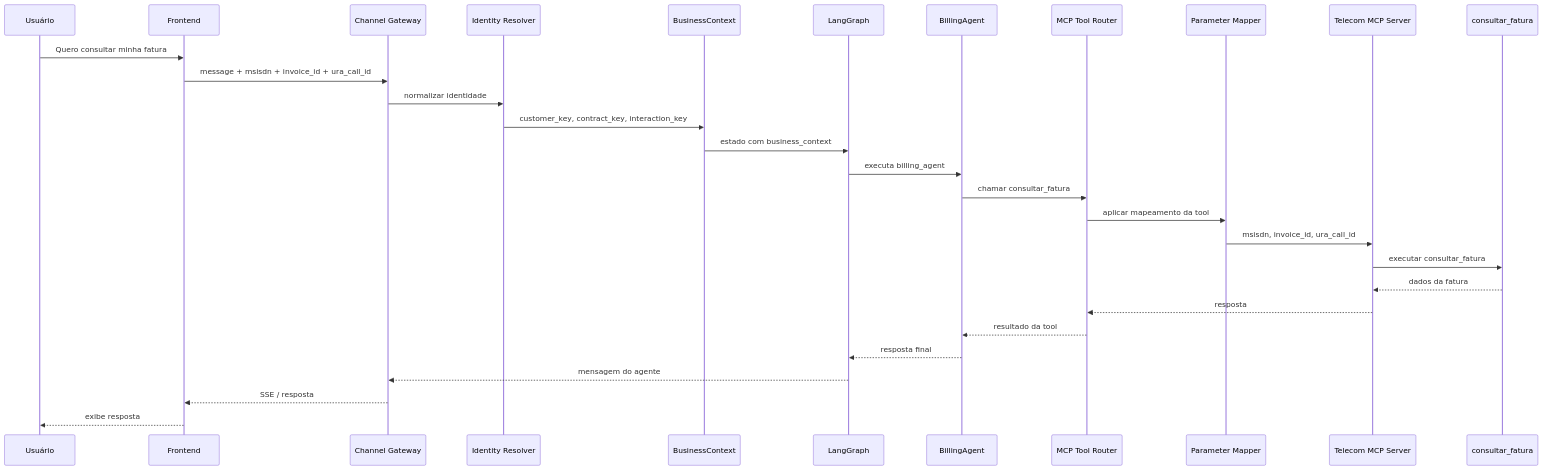
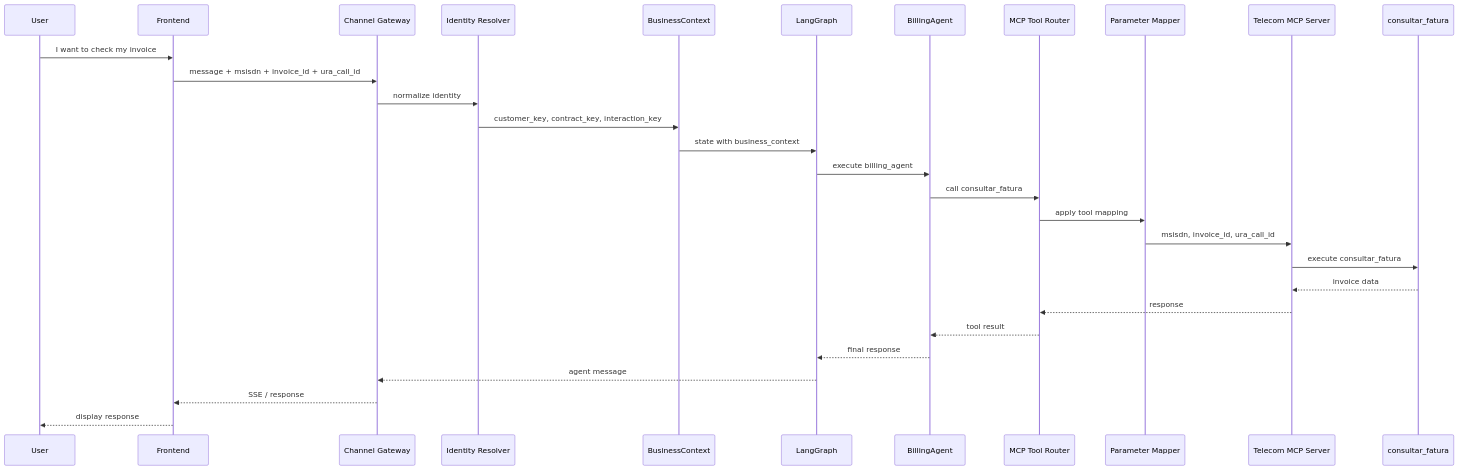
Before and after one commit to hoshikawa2/agent_framework_oci_2: the eighth of 8 diagrams in README.md, drawn with Mermaid. The commit also changed other lines of this file, not shown here.

Commit message:
examples of graph flow

````diff
--- a/README.md
+++ b/README.md
@@ -4316,32 +4304,32 @@
 ```mermaid
 sequenceDiagram
-    participant User as Usuário
-    participant FE as Frontend
-    participant GW as Channel Gateway
-    participant ID as Identity Resolver
-    participant BC as BusinessContext
-    participant LG as LangGraph
-    participant AG as BillingAgent
-    participant TR as MCP Tool Router
-    participant MP as Parameter Mapper
-    participant MCP as Telecom MCP Server
-    participant Tool as consultar_fatura
+participant User as User
+participant FE as Frontend
+participant GW as Channel Gateway
+participant ID as Identity Resolver
+participant BC as BusinessContext
+participant LG as LangGraph
+participant AG as BillingAgent
+participant TR as MCP Tool Router
+participant MP as Parameter Mapper
+participant MCP as Telecom MCP Server
+participant Tool as consultar_fatura
 
-    User->>FE: Quero consultar minha fatura
+    User->>FE: I want to check my invoice
     FE->>GW: message + msisdn + invoice_id + ura_call_id
-    GW->>ID: normalizar identidade
+    GW->>ID: normalize identity
     ID->>BC: customer_key, contract_key, interaction_key
-    BC->>LG: estado com business_context
-    LG->>AG: executa billing_agent
-    AG->>TR: chamar consultar_fatura
-    TR->>MP: aplicar mapeamento da tool
+    BC->>LG: state with business_context
+    LG->>AG: execute billing_agent
+    AG->>TR: call consultar_fatura
+    TR->>MP: apply tool mapping
     MP->>MCP: msisdn, invoice_id, ura_call_id
-    MCP->>Tool: executar consultar_fatura
-    Tool-->>MCP: dados da fatura
-    MCP-->>TR: resposta
-    TR-->>AG: resultado da tool
-    AG-->>LG: resposta final
-    LG-->>GW: mensagem do agente
-    GW-->>FE: SSE / resposta
-    FE-->>User: exibe resposta
+    MCP->>Tool: execute consultar_fatura
+    Tool-->>MCP: invoice data
+    MCP-->>TR: response
+    TR-->>AG: tool result
+    AG-->>LG: final response
+    LG-->>GW: agent message
+    GW-->>FE: SSE / response
+    FE-->>User: display response
 ```
````
